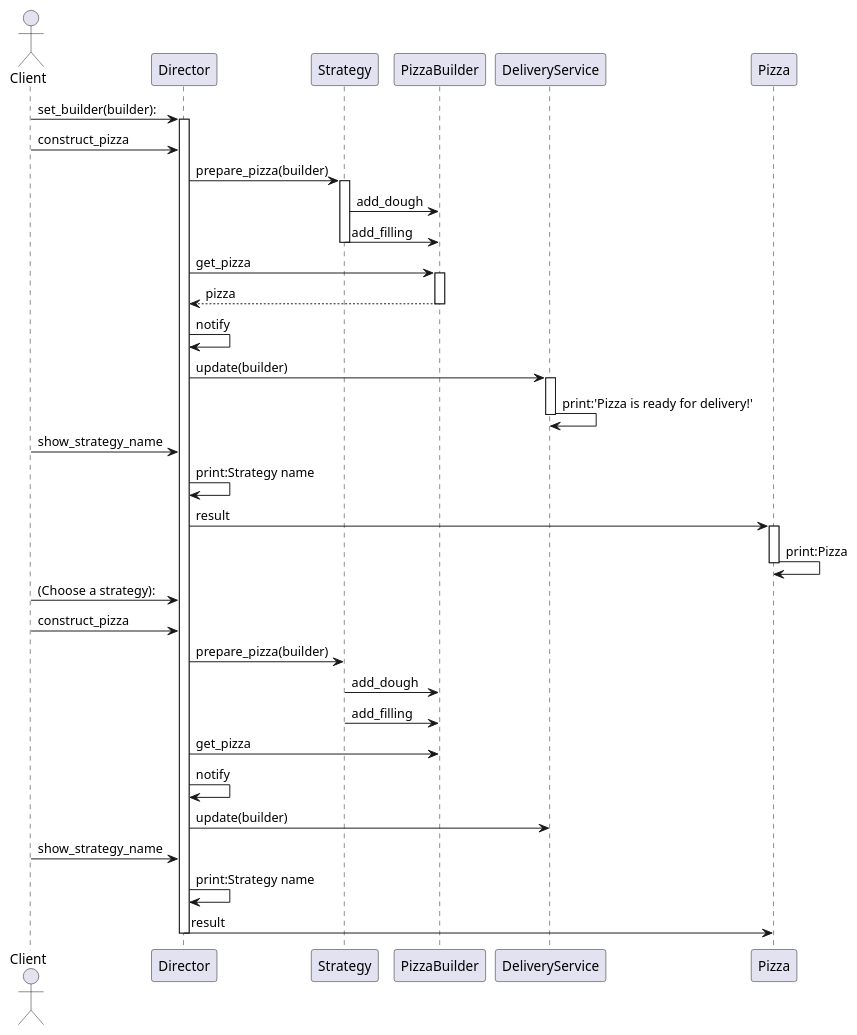
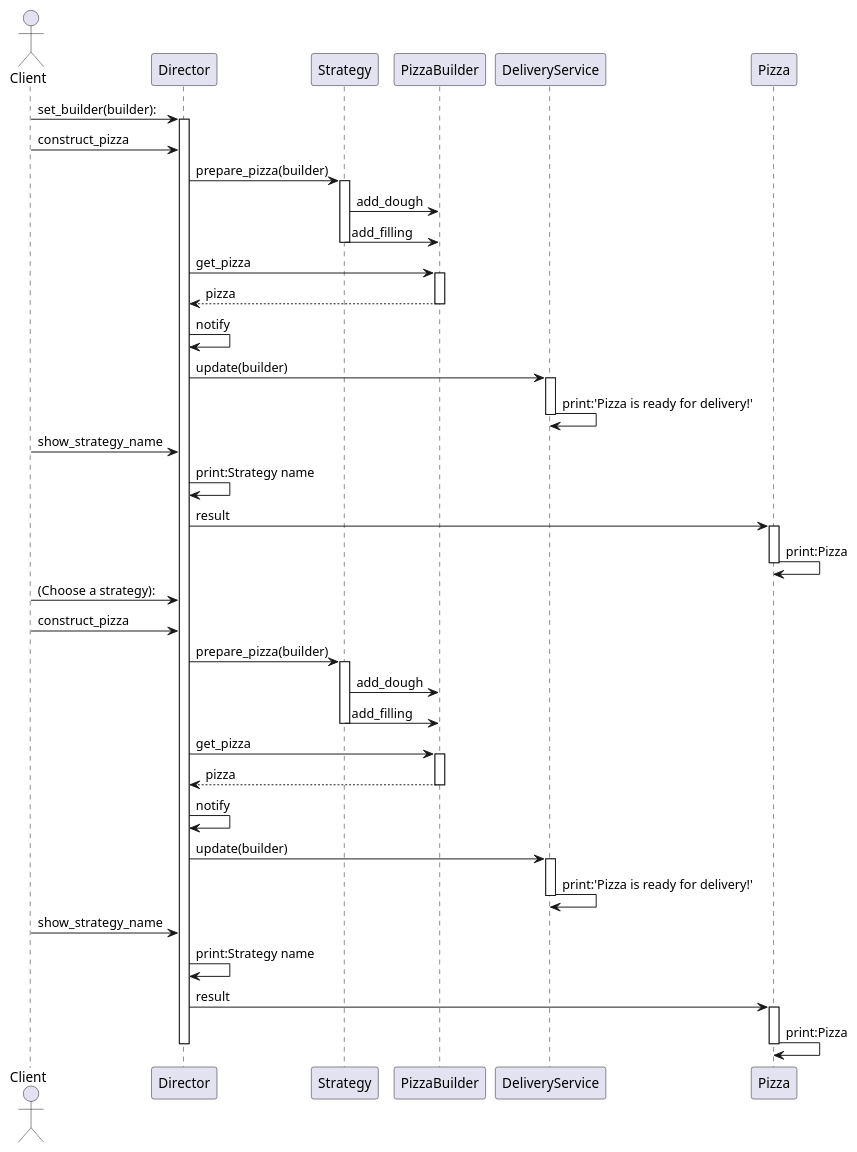
One commit to Vadym-Tsymbalistyi/mastering-software-development changed the diagram in Design_Patterns/UML/Sequence_Diagram_Pizza.puml. Above: the diagram before and after it, drawn with PlantUML.

Commit message:
completed the diagram

```diff
--- a/Design_Patterns/UML/Sequence_Diagram_Pizza.puml
+++ b/Design_Patterns/UML/Sequence_Diagram_Pizza.puml
@@ -1,47 +1,64 @@
 @startuml
 actor Client
 
 Client -> Director:set_builder(builder):
 activate Director
 Client -> Director:construct_pizza
 
 Director -> Strategy:prepare_pizza(builder)
+
 activate Strategy
 Strategy ->PizzaBuilder:add_dough
 Strategy ->PizzaBuilder:add_filling
 deactivate Strategy
+
 Director -> PizzaBuilder:get_pizza
 activate PizzaBuilder
 PizzaBuilder -->Director:pizza
 deactivate PizzaBuilder
 Director -> Director:notify
+
 Director -> DeliveryService: update(builder)
 activate DeliveryService
 DeliveryService -> DeliveryService:print:'Pizza is ready for delivery!'
 deactivate DeliveryService
+
 Client -> Director:show_strategy_name
 Director -> Director:print:Strategy name
 
 Director -> Pizza: result
 activate Pizza
 Pizza ->Pizza:print:Pizza
 deactivate Pizza
 
 Client -> Director: (Choose a strategy):
 Client -> Director:construct_pizza
 
 Director -> Strategy:prepare_pizza(builder)
 
+activate Strategy
 Strategy ->PizzaBuilder:add_dough
 Strategy ->PizzaBuilder:add_filling
+deactivate Strategy
 
 Director -> PizzaBuilder:get_pizza
+activate PizzaBuilder
+PizzaBuilder-->Director:pizza
+deactivate PizzaBuilder
 Director -> Director:notify
+
 Director -> DeliveryService: update(builder)
+activate DeliveryService
+DeliveryService -> DeliveryService:print:'Pizza is ready for delivery!'
+deactivate DeliveryService
 
 Client -> Director:show_strategy_name
 Director -> Director:print:Strategy name
 
 Director -> Pizza: result
+activate Pizza
+Pizza -> Pizza:print:Pizza
+deactivate Pizza
+
 deactivate Director
 @enduml
```
